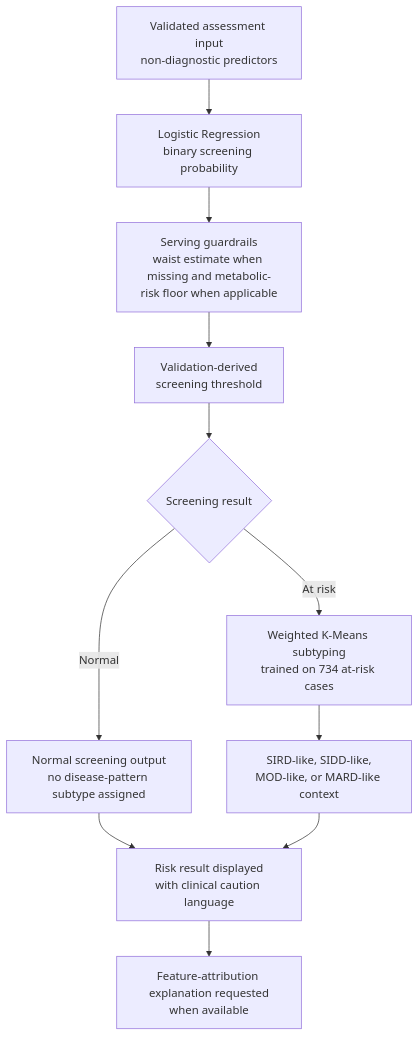
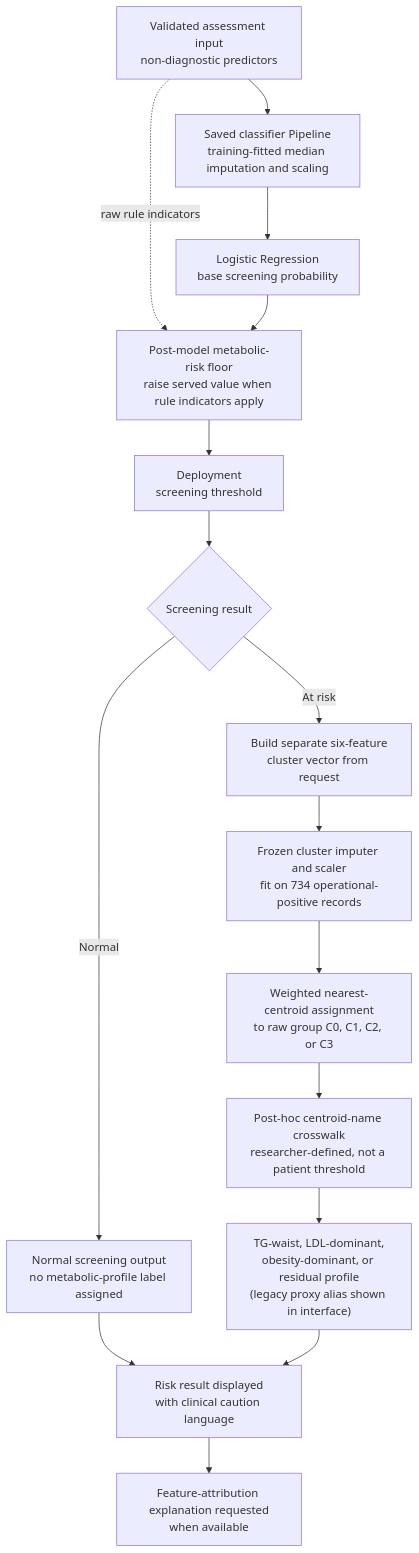
Before and after one commit to Skufu/DianaV2: the fourth of 6 diagrams in docs/07-research/thesis-drafts/ch3+4-final-academic-draft.md, drawn with Mermaid. The commit also changed other lines of this file and 104 other files, not shown here.

Commit message:
ml/docs: implement minor revision evidence, train binary model without BP, and update thesis draft Ch 3+4

````diff
--- a/docs/07-research/thesis-drafts/ch3+4-final-academic-draft.md
+++ b/docs/07-research/thesis-drafts/ch3+4-final-academic-draft.md
@@ -387,13 +471,18 @@
 ```mermaid
 flowchart TB
-    A["Validated assessment input<br/>non-diagnostic predictors"] --> B["Logistic Regression<br/>binary screening probability"]
-    B --> C["Serving guardrails<br/>waist estimate when missing and metabolic-risk floor when applicable"]
-    C --> D["Validation-derived<br/>screening threshold"]
+    A["Validated assessment input<br/>non-diagnostic predictors"] --> W["Saved classifier Pipeline<br/>training-fitted median imputation and scaling"]
+    W --> B["Logistic Regression<br/>base screening probability"]
+    A -. "raw rule indicators" .-> C
+    B --> C["Post-model metabolic-risk floor<br/>raise served value when rule indicators apply"]
+    C --> D["Deployment<br/>screening threshold"]
     D --> E{"Screening result"}
-    E -->|"Normal"| F["Normal screening output<br/>no disease-pattern subtype assigned"]
-    E -->|"At risk"| G["Weighted K-Means subtyping<br/>trained on 734 at-risk cases"]
-    G --> H["SIRD-like, SIDD-like,<br/>MOD-like, or MARD-like context"]
+    E -->|"Normal"| F["Normal screening output<br/>no metabolic-profile label assigned"]
+    E -->|"At risk"| Q["Build separate six-feature<br/>cluster vector from request"]
+    Q --> R["Frozen cluster imputer and scaler<br/>fit on 734 operational-positive records"]
+    R --> G["Weighted nearest-centroid assignment<br/>to raw group C0, C1, C2, or C3"]
+    G --> H["Post-hoc centroid-name crosswalk<br/>researcher-defined, not a patient threshold"]
+    H --> K["TG-waist, LDL-dominant,<br/>obesity-dominant, or residual profile<br/>(legacy proxy alias shown in interface)"]
     F --> I["Risk result displayed<br/>with clinical caution language"]
-    H --> I
+    K --> I
     I --> J["Feature-attribution explanation requested<br/>when available"]
 ```
````
